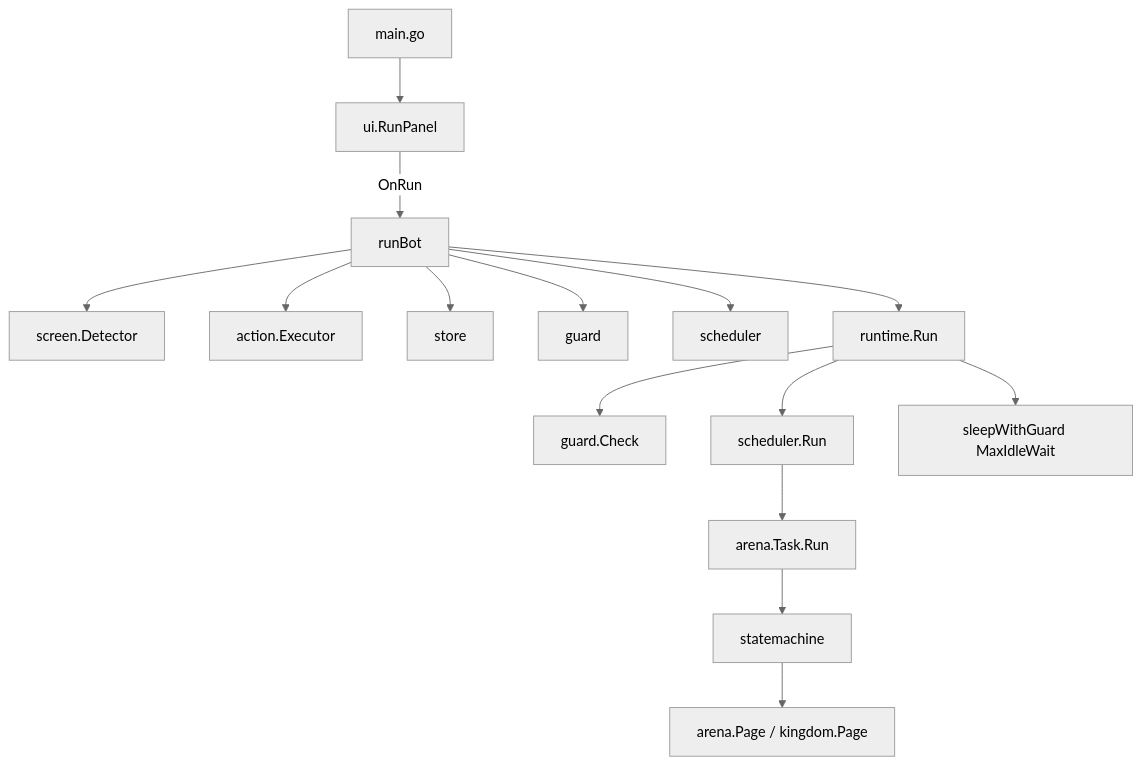
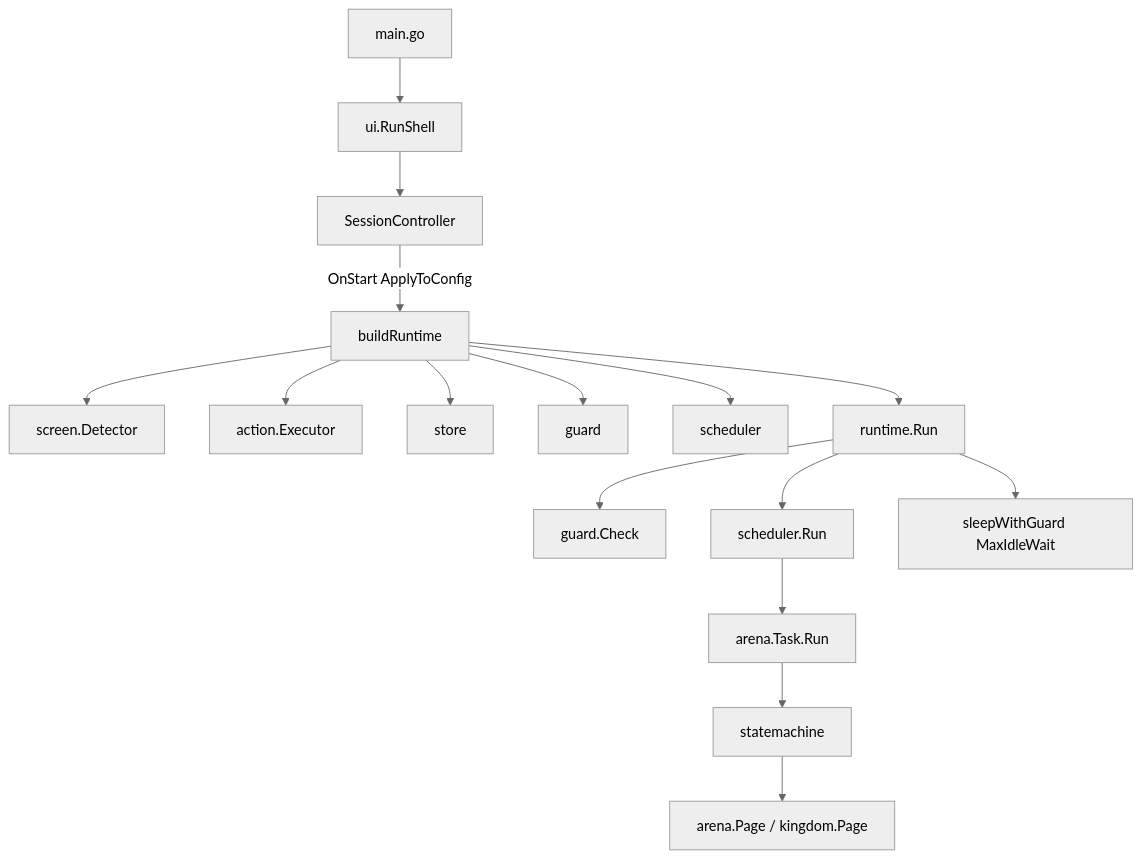
One commit to sunnng/shuaibin-cookie-go changed the first of 2 diagrams in docs/开发手册.md. Above: the diagram before and after it, drawn with Mermaid (neutral theme). The commit also changed other lines of this file and 61 other files, not shown here.

````diff
--- a/docs/开发手册.md
+++ b/docs/开发手册.md
@@ -30,17 +30,18 @@
 ```mermaid
 flowchart TD
-  main[main.go] --> panel[ui.RunPanel]
-  panel -->|OnRun| runBot[runBot]
-  runBot --> det[screen.Detector]
-  runBot --> exec[action.Executor]
-  runBot --> store[store]
-  runBot --> guard[guard]
-  runBot --> sched[scheduler]
-  runBot --> rt[runtime.Run]
+  main[main.go] --> shell[ui.RunShell]
+  shell --> ctrl[SessionController]
+  ctrl -->|OnStart ApplyToConfig| build[buildRuntime]
+  build --> det[screen.Detector]
+  build --> exec[action.Executor]
+  build --> store[store]
+  build --> guard[guard]
+  build --> sched[scheduler]
+  build --> rt[runtime.Run]
   rt --> gCheck[guard.Check]
   rt --> sRun[scheduler.Run]
   rt --> idle[sleepWithGuard MaxIdleWait]
   sRun --> arena[arena.Task.Run]
   arena --> sm[statemachine]
   sm --> page[arena.Page / kingdom.Page]
 ```
````
